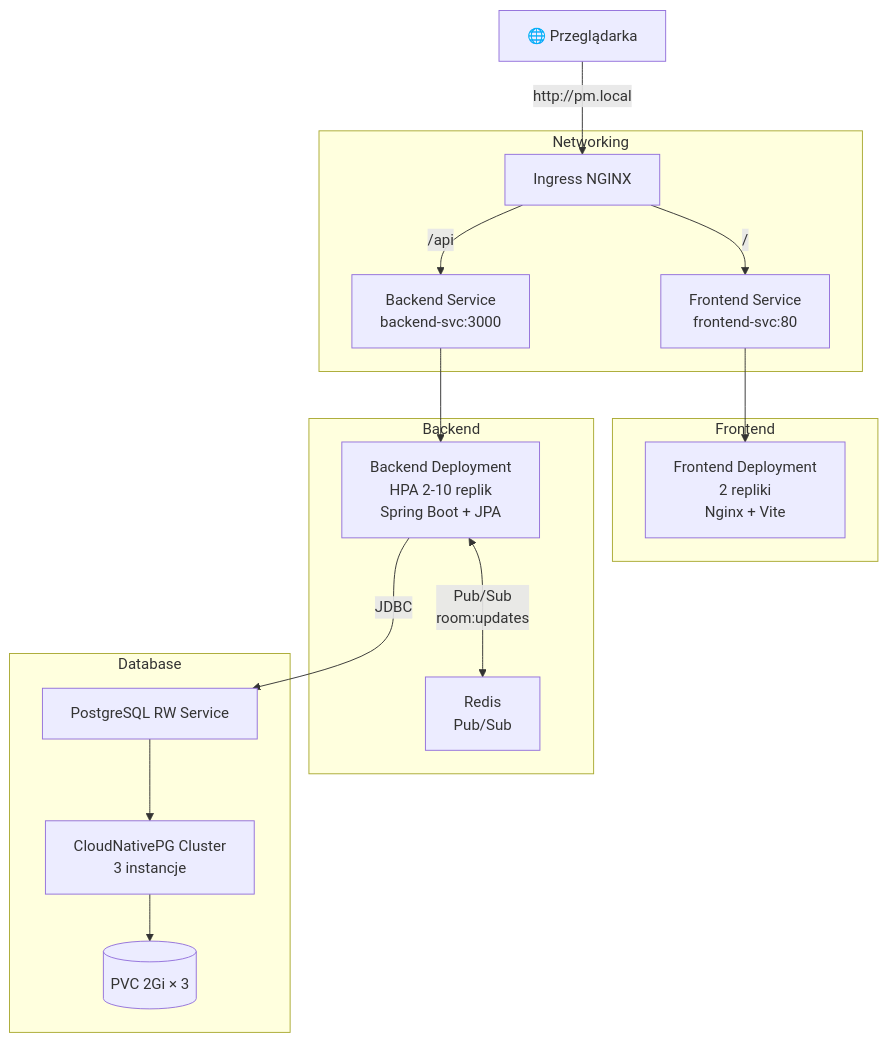
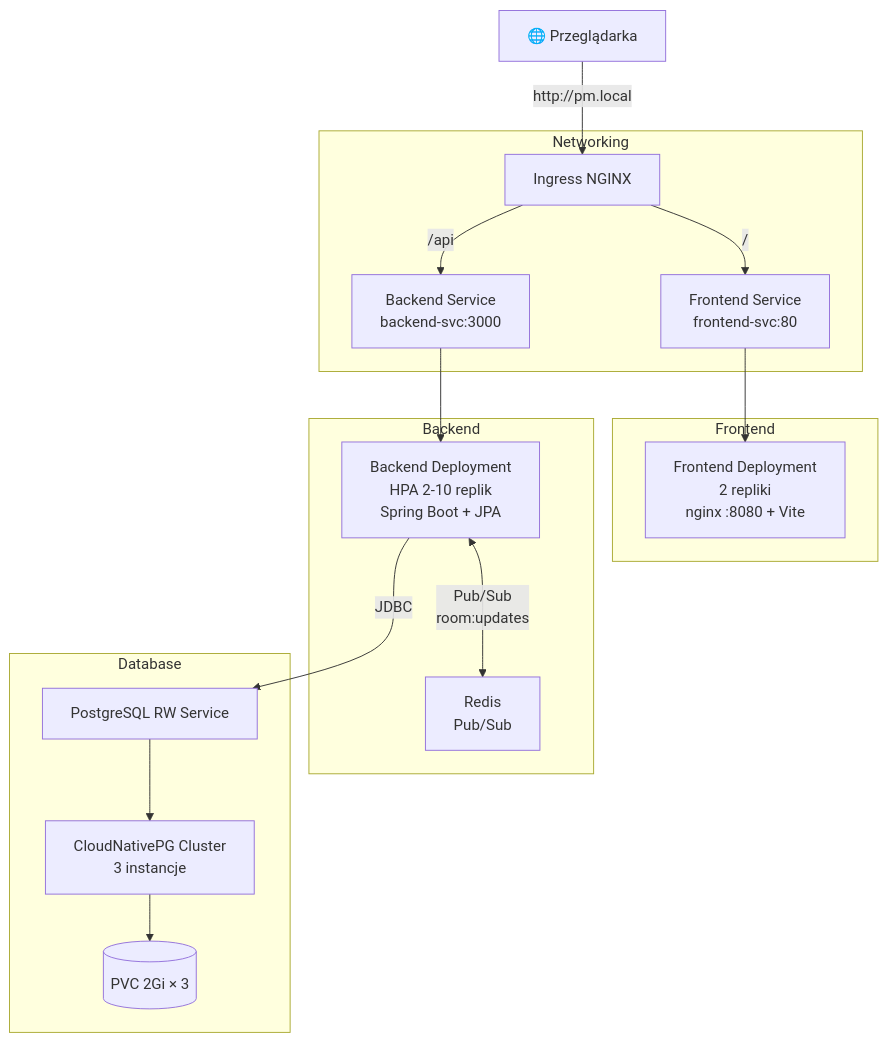
Before and after one commit to WojciechGalant1/categories-game: the diagram in README.md, drawn with Mermaid. The commit also changed other lines of this file, not shown here.

````diff
--- a/README.md
+++ b/README.md
@@ -45,41 +53,41 @@
 ```mermaid
 flowchart TD
 
     user[🌐 Przeglądarka]
 
     subgraph Networking
         ingress[Ingress NGINX]
         feSvc[Frontend Service<br/>frontend-svc:80]
         beSvc[Backend Service<br/>backend-svc:3000]
     end
 
     subgraph Frontend
-        feDep[Frontend Deployment<br/>2 repliki<br/>Nginx + Vite]
+        feDep[Frontend Deployment<br/>2 repliki<br/>nginx :8080 + Vite]
     end
 
     subgraph Backend
         beDep[Backend Deployment<br/>HPA 2-10 replik<br/>Spring Boot + JPA]
         redis[Redis<br/>Pub/Sub]
     end
 
     subgraph Database
         pgRw[PostgreSQL RW Service]
         cnpg[CloudNativePG Cluster<br/>3 instancje]
         pvc[(PVC 2Gi × 3)]
     end
 
     user -->|http://pm.local| ingress
 
     ingress -->|/| feSvc
     ingress -->|/api| beSvc
 
     feSvc --> feDep
 
     beSvc --> beDep
 
     beDep -->|JDBC| pgRw
     pgRw --> cnpg
     cnpg --> pvc
 
     beDep <-->|Pub/Sub<br/>room:updates| redis
 ```
````
